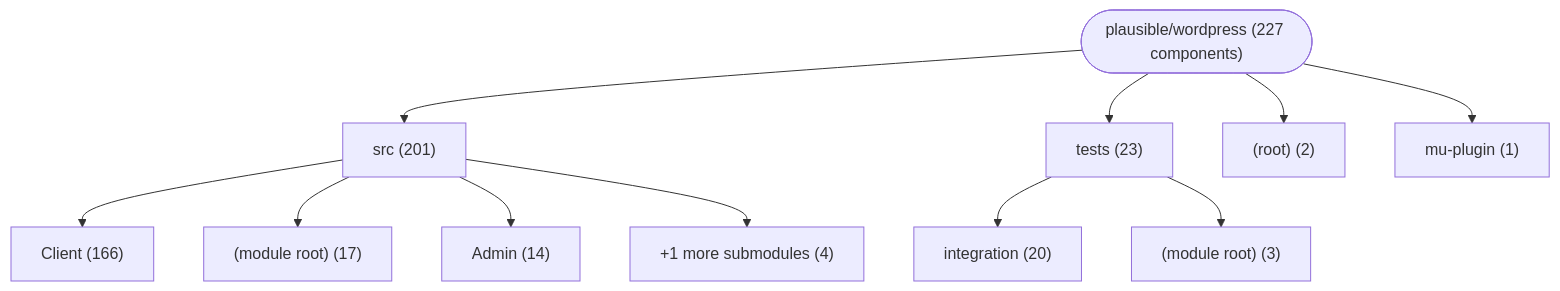
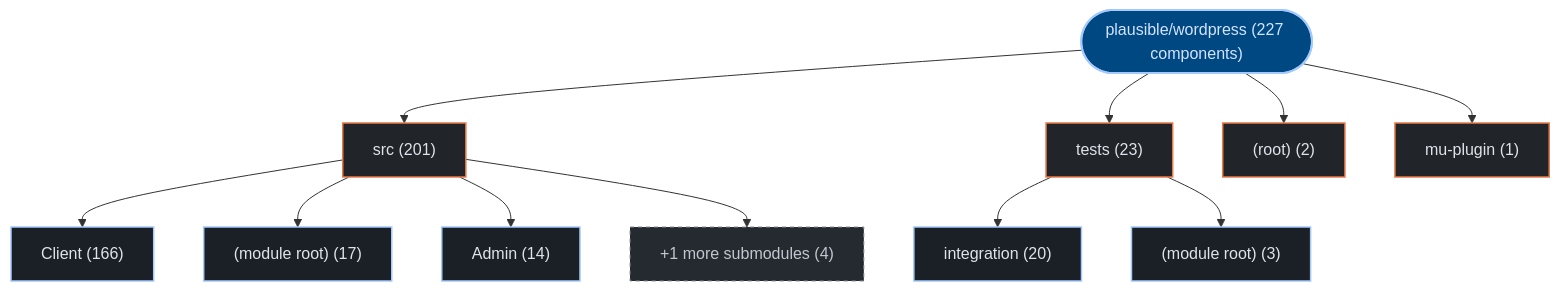
Before and after one commit to kumarshaz/atruss-code-atlas: the first of 3 diagrams in exports/latest/reports/plausible-wordpress-report.md, drawn with Mermaid. The commit also changed other lines of this file and 331 other files, not shown here.

Commit message:
docs,ui,fix: update SDLC docs, reorder CI/CD DAG first, stylize Mermaid, and fix Arc42 pipeline topology

````diff
--- a/exports/latest/reports/plausible-wordpress-report.md
+++ b/exports/latest/reports/plausible-wordpress-report.md
@@ -42,24 +42,31 @@
 ```mermaid
 graph TD;
-    repo_root(["plausible/wordpress (227 components)"])
-    dir_0_src["src (201)"]
+  classDef atlasRoot fill:#004882,stroke:#a3c9ff,stroke-width:2px,color:#d3e4ff
+  classDef atlasCategory fill:#212428,stroke:#E87A48,stroke-width:1.5px,color:#dfe3eb
+  classDef atlasWorkflow fill:#1b2026,stroke:#a3c9ff,stroke-width:1.5px,color:#dfe3eb
+  classDef atlasJob fill:#171c22,stroke:#8d9199,stroke-width:1px,color:#dfe3eb
+  classDef atlasTarget fill:#005227,stroke:#8bd99b,stroke-width:1.5px,color:#a7f6b6
+  classDef atlasAlert fill:#93000a,stroke:#ffb4ab,stroke-width:1.5px,color:#ffdad6
+  classDef atlasMore fill:#252a31,stroke:#8d9199,stroke-dasharray:4 4,color:#c3c6cf
+    repo_root(["plausible/wordpress (227 components)"]):::atlasRoot
+    dir_0_src["src (201)"]:::atlasCategory
     repo_root --> dir_0_src
-    sub_0_0_Client["Client (166)"]
+    sub_0_0_Client["Client (166)"]:::atlasWorkflow
     dir_0_src --> sub_0_0_Client
-    sub_0_1__module_root_["(module root) (17)"]
+    sub_0_1__module_root_["(module root) (17)"]:::atlasWorkflow
     dir_0_src --> sub_0_1__module_root_
-    sub_0_2_Admin["Admin (14)"]
+    sub_0_2_Admin["Admin (14)"]:::atlasWorkflow
     dir_0_src --> sub_0_2_Admin
-    sub_0_more["+1 more submodules (4)"]
+    sub_0_more["+1 more submodules (4)"]:::atlasMore
     dir_0_src --> sub_0_more
-    dir_1_tests["tests (23)"]
+    dir_1_tests["tests (23)"]:::atlasCategory
     repo_root --> dir_1_tests
-    sub_1_0_integration["integration (20)"]
+    sub_1_0_integration["integration (20)"]:::atlasWorkflow
     dir_1_tests --> sub_1_0_integration
-    sub_1_1__module_root_["(module root) (3)"]
+    sub_1_1__module_root_["(module root) (3)"]:::atlasWorkflow
     dir_1_tests --> sub_1_1__module_root_
-    dir_2__root_["(root) (2)"]
+    dir_2__root_["(root) (2)"]:::atlasCategory
     repo_root --> dir_2__root_
-    dir_3_mu_plugin["mu-plugin (1)"]
+    dir_3_mu_plugin["mu-plugin (1)"]:::atlasCategory
     repo_root --> dir_3_mu_plugin
 ```
````
